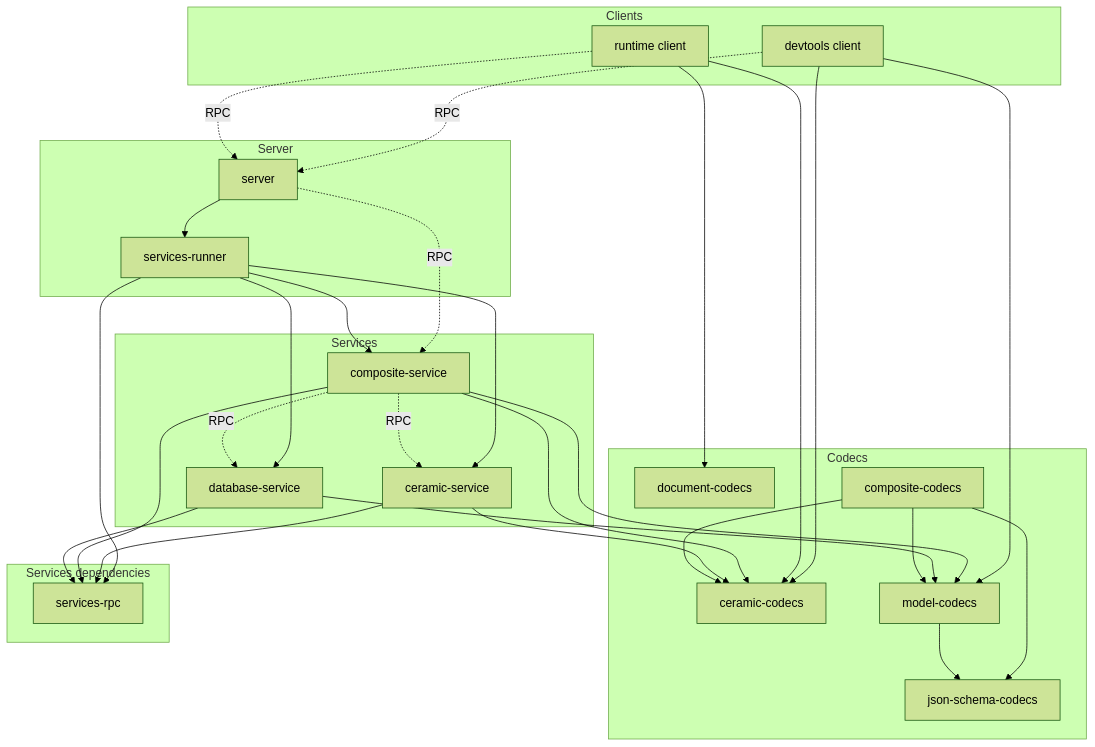
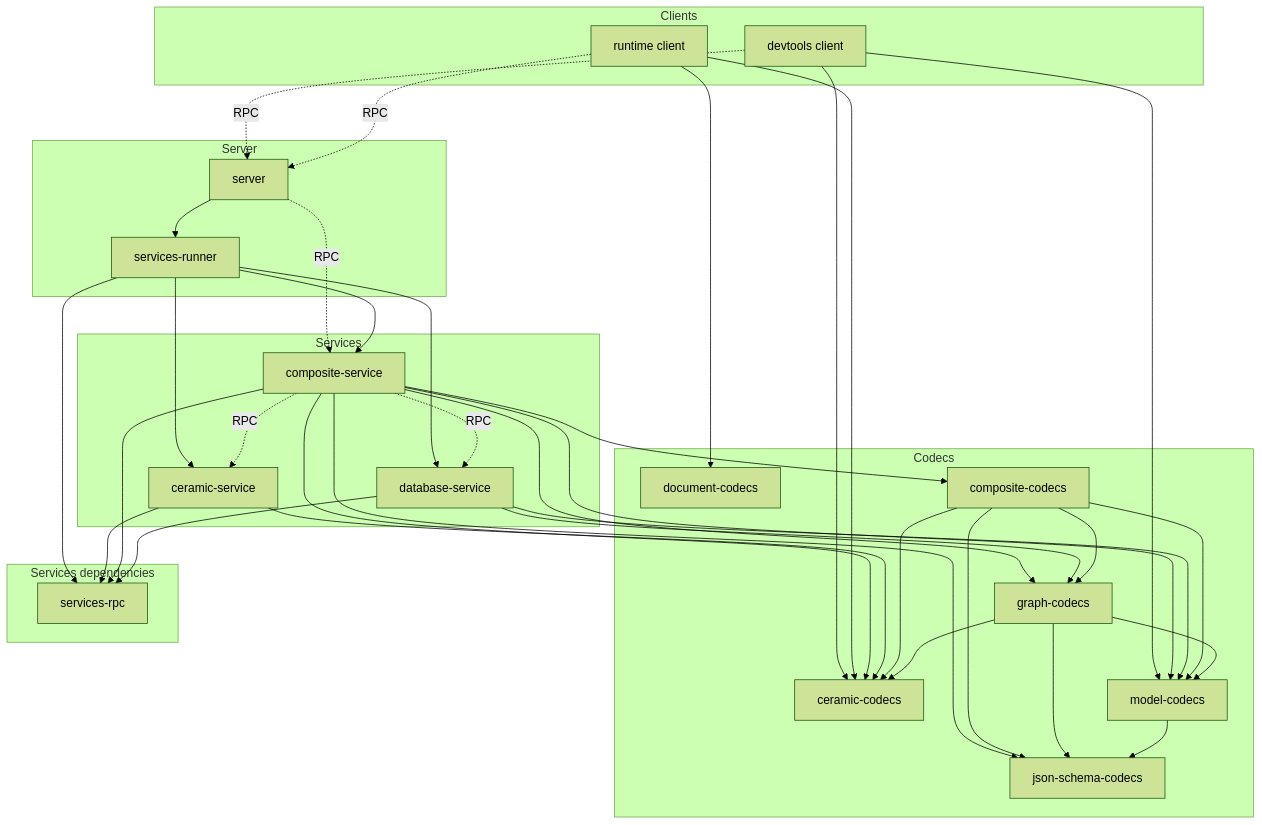
Before and after one commit to ceramicstudio/js-composedb: the diagram in ARCHITECTURE.md, drawn with Mermaid (forest theme). The commit also changed 31 other files, not shown here.

````diff
--- a/ARCHITECTURE.md
+++ b/ARCHITECTURE.md
@@ -1,43 +1,45 @@
 ```mermaid
 flowchart TD
   subgraph Clients
     DEVC[devtools client]
     RUNC[runtime client]
   end
   DEVC --> CERC & MODC
   RUNC --> CERC & DOCC
 
   subgraph Server
     SER[server]
     SRUN[services-runner]    
   end
   DEVC & RUNC -.->|RPC| SER
   SER --> SRUN
   SER -.->|RPC| COMS
   SRUN --> CERS & COMS & DBS & SRPC
 
   subgraph Services
     CERS[ceramic-service]
     COMS[composite-service]
     DBS[database-service]
     COMS -.->|RPC| CERS & DBS
   end
   CERS & COMS & DBS --> SRPC
-  COMS --> CERC & MODC
+  COMS --> CERC & COMC & JSSC & GRAC & MODC
   CERS --> CERC
-  DBS --> MODC
+  DBS --> GRAC & MODC
 
   subgraph Codecs
     CERC[ceramic-codecs]
     COMC[composite-codecs]
     DOCC[document-codecs]
+    GRAC[graph-codecs]
     JSSC[json-schema-codecs]
     MODC[model-codecs]
   end
-  COMC --> CERC & JSSC & MODC
+  COMC --> CERC & JSSC & GRAC & MODC
+  GRAC --> CERC & JSSC & MODC
   MODC --> JSSC
 
   subgraph Services dependencies
     SRPC[services-rpc]
   end
 ```
````
